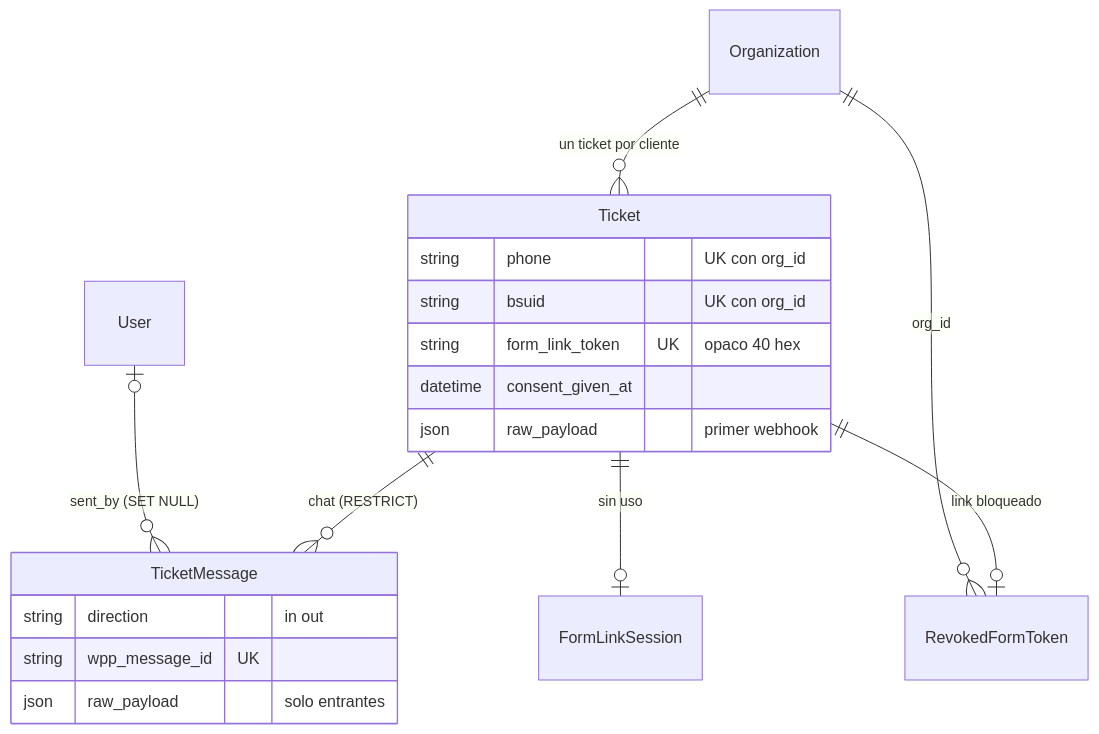
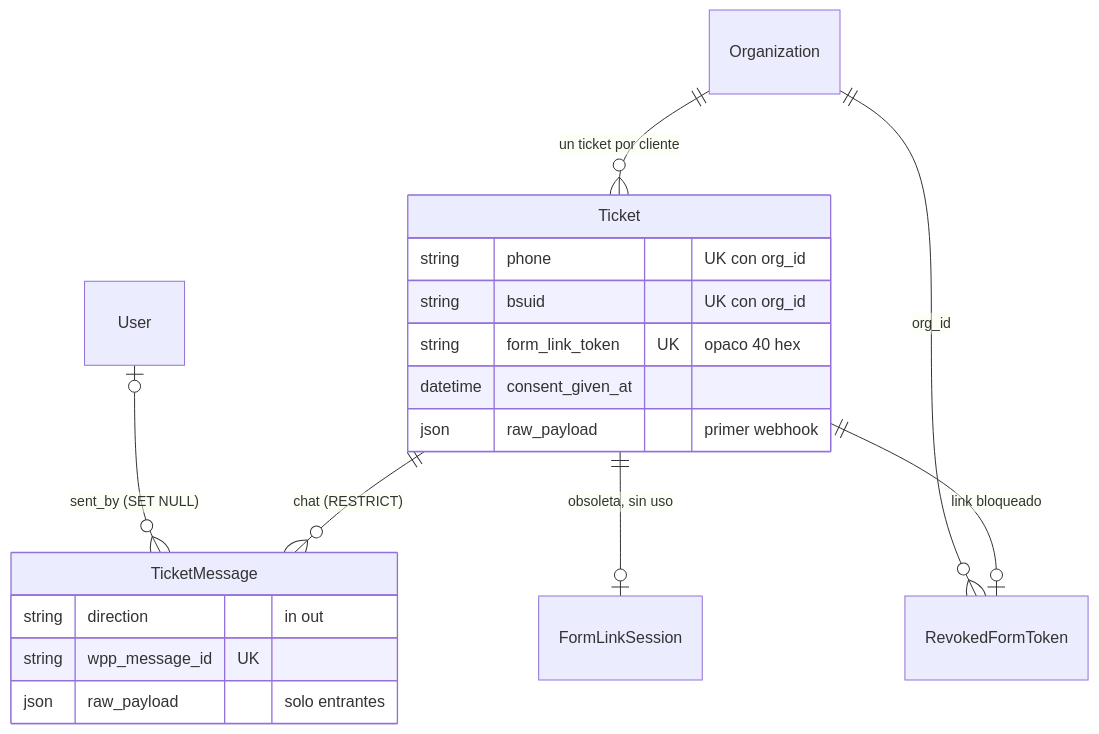
One commit to 4Client-org/4client changed the second of 6 diagrams in specs/02-tecnico/modelo-de-datos.md. Above: the diagram before and after it, drawn with Mermaid. The commit also changed other lines of this file and 8 other files, not shown here.

Commit message:
docs: specs de FRM, CAT, IA, WPP y técnicas para fecha del link, NO HAY, sin device_token y política v2

````diff
--- a/specs/02-tecnico/modelo-de-datos.md
+++ b/specs/02-tecnico/modelo-de-datos.md
@@ -51,21 +51,21 @@
 ```mermaid
 erDiagram
   Organization ||--o{ Ticket : "un ticket por cliente"
   Ticket ||--o{ TicketMessage : "chat (RESTRICT)"
   User |o--o{ TicketMessage : "sent_by (SET NULL)"
   Ticket ||--o| RevokedFormToken : "link bloqueado"
-  Ticket ||--o| FormLinkSession : "sin uso"
+  Ticket ||--o| FormLinkSession : "obsoleta, sin uso"
   Organization ||--o{ RevokedFormToken : "org_id"
   Ticket {
     string phone "UK con org_id"
     string bsuid "UK con org_id"
     string form_link_token UK "opaco 40 hex"
     datetime consent_given_at
     json raw_payload "primer webhook"
   }
   TicketMessage {
     string direction "in out"
     string wpp_message_id UK
     json raw_payload "solo entrantes"
   }
 ```
````
